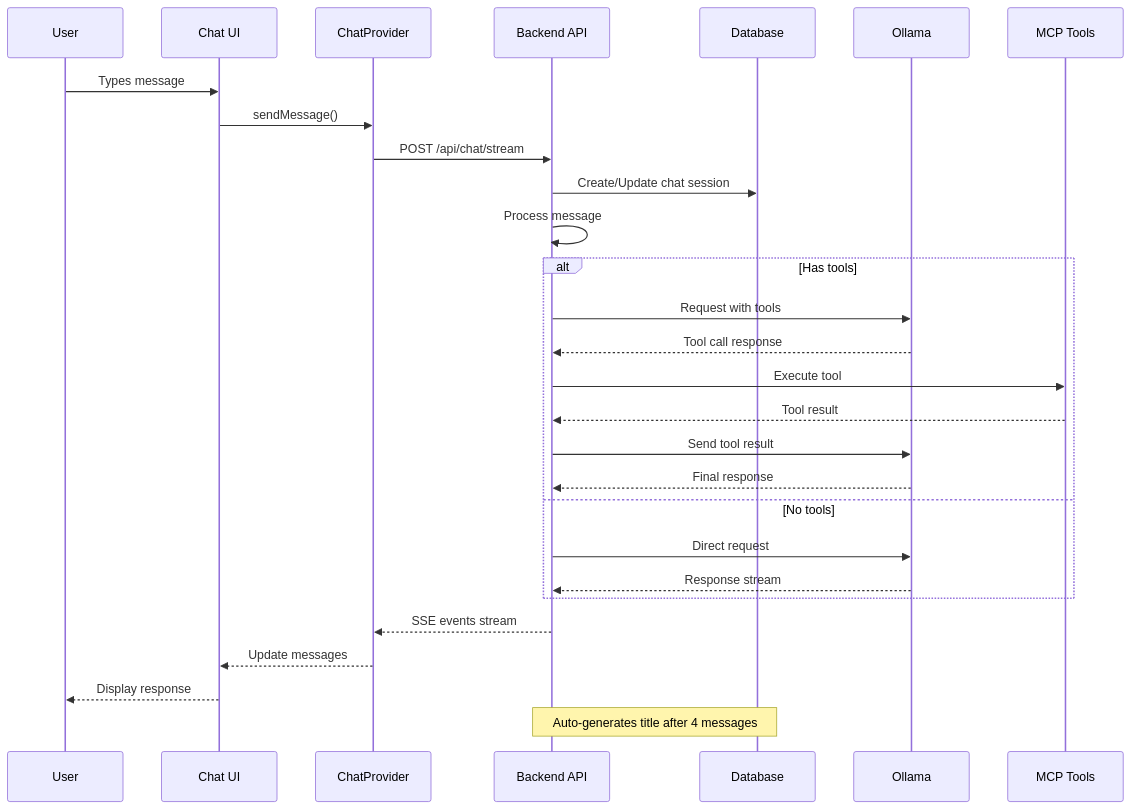
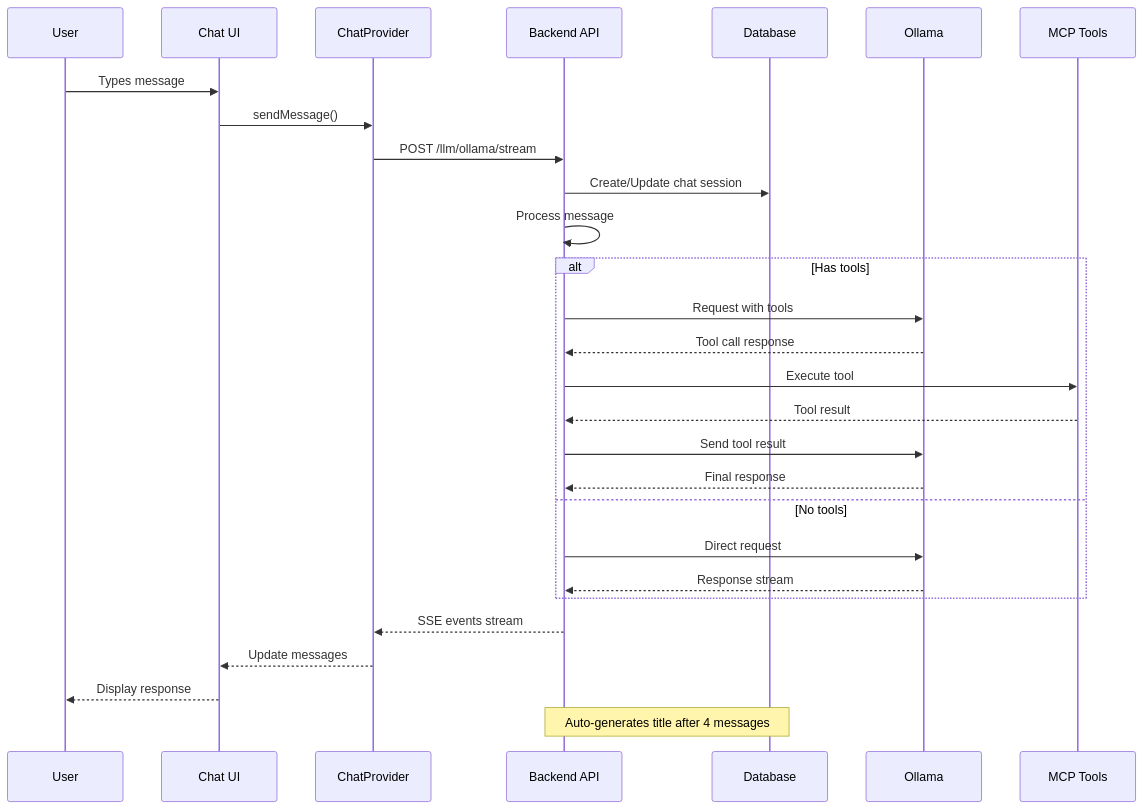
One commit to archestra-ai/prototypes changed the second of 3 diagrams in desktop/chat-architecture.md. Above: the diagram before and after it, drawn with Mermaid. The commit also changed other lines of this file and 7 other files, not shown here.

Commit message:
Remove chat handler, move things to ollama.rs

````diff
--- a/desktop/chat-architecture.md
+++ b/desktop/chat-architecture.md
@@ -51,35 +51,35 @@
 ```mermaid
 sequenceDiagram
     participant User
     participant UI as Chat UI
     participant CP as ChatProvider
     participant BE as Backend API
     participant DB as Database
     participant OL as Ollama
     participant MCP as MCP Tools
 
     User->>UI: Types message
     UI->>CP: sendMessage()
-    CP->>BE: POST /api/chat/stream
+    CP->>BE: POST /llm/ollama/stream
 
     BE->>DB: Create/Update chat session
     BE->>BE: Process message
 
     alt Has tools
         BE->>OL: Request with tools
         OL-->>BE: Tool call response
         BE->>MCP: Execute tool
         MCP-->>BE: Tool result
         BE->>OL: Send tool result
         OL-->>BE: Final response
     else No tools
         BE->>OL: Direct request
         OL-->>BE: Response stream
     end
 
     BE-->>CP: SSE events stream
     CP-->>UI: Update messages
     UI-->>User: Display response
 
     Note over BE,DB: Auto-generates title after 4 messages
 ```
````
